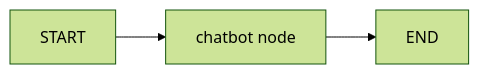
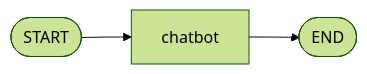
The first of 2 diagrams in 3_LLM_Messages/README.md (Walid-Ahmed/langgraph-tutorials), drawn with Mermaid (forest theme) before and after one commit. The commit also changed other lines of this file and 3 other files, not shown here.

Commit message:
Add graph plots to folder READMEs

````diff
--- a/3_LLM_Messages/README.md
+++ b/3_LLM_Messages/README.md
@@ -20,5 +20,5 @@
 ```mermaid
 flowchart LR
-    START --> CHATBOT["chatbot node"]
-    CHATBOT --> END
+    START([START]) --> CHATBOT["chatbot"]
+    CHATBOT --> END([END])
 ```
````
